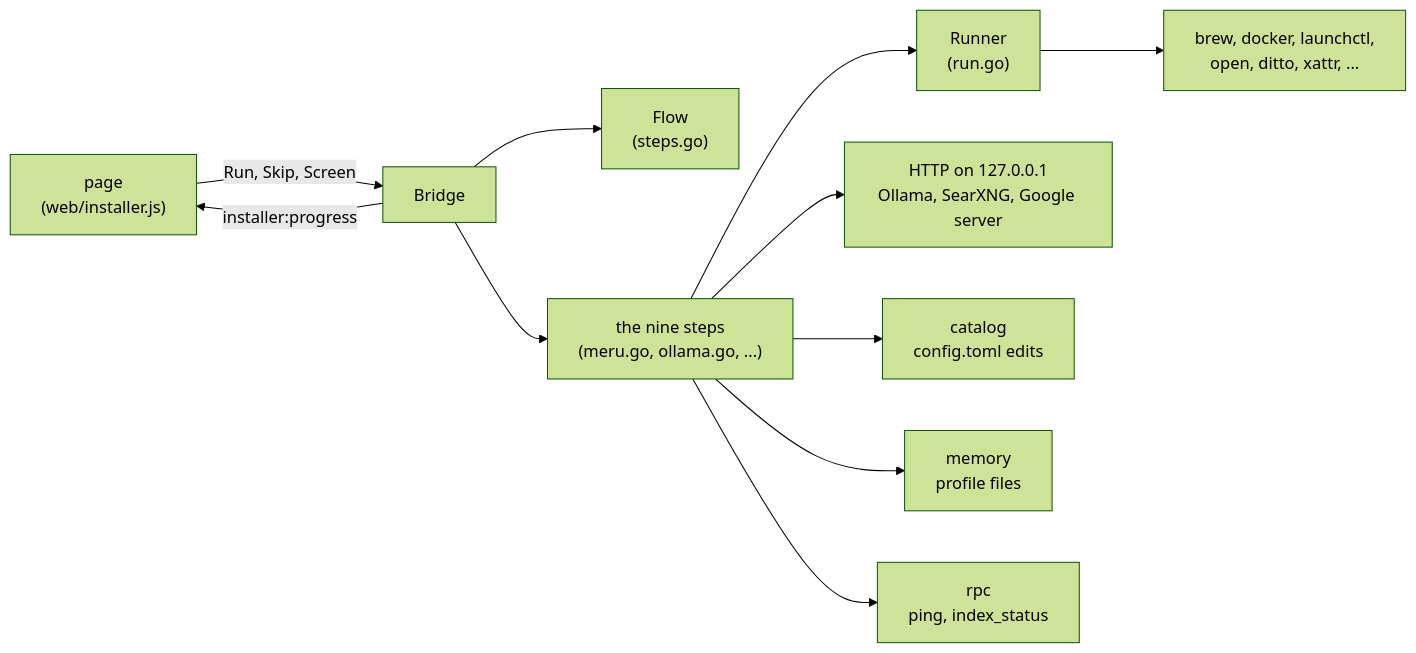
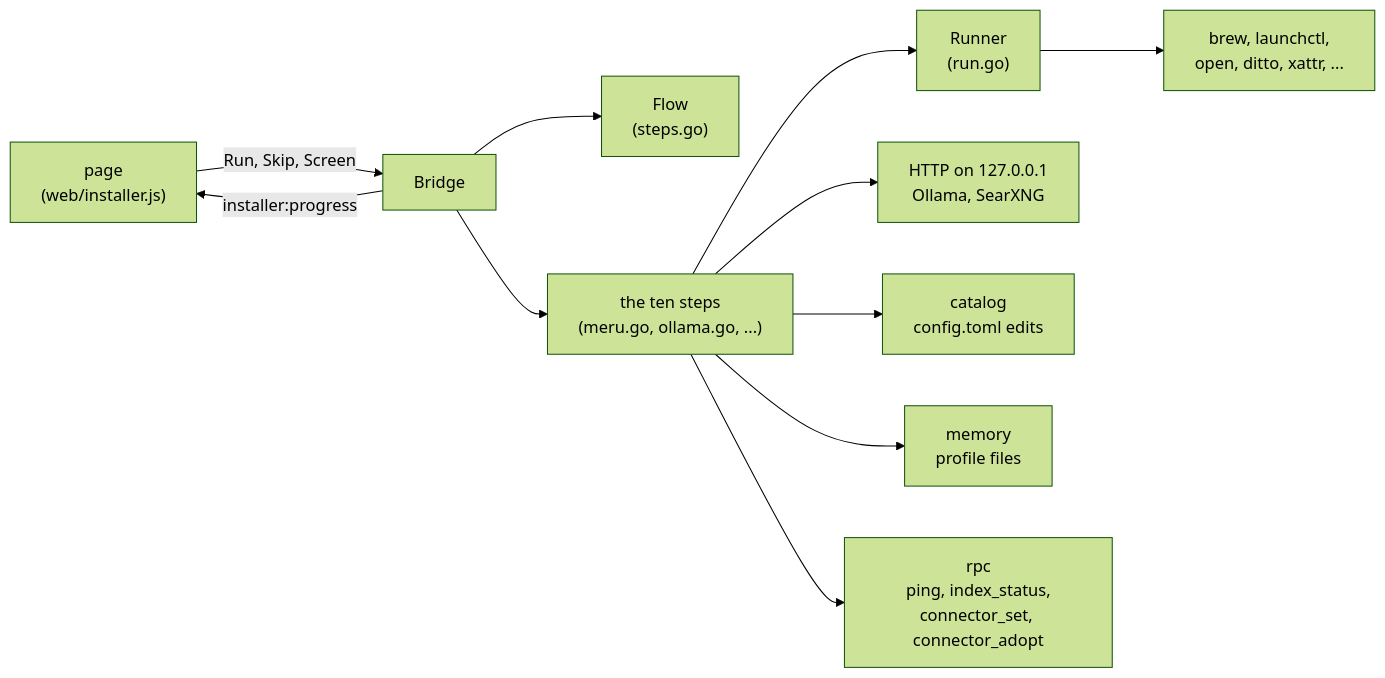
The diagram in docs/coding-notes/installer.md (aarora79/meru), drawn with Mermaid (forest theme) before and after one commit. The commit also changed other lines of this file and 42 other files, not shown here.

````diff
--- a/docs/coding-notes/installer.md
+++ b/docs/coding-notes/installer.md
@@ -27,13 +31,13 @@
 ```mermaid
 flowchart LR
     page["page<br/>(web/installer.js)"] -- "Run, Skip, Screen" --> bridge[Bridge]
     bridge --> flow["Flow<br/>(steps.go)"]
-    bridge --> steps["the nine steps<br/>(meru.go, ollama.go, ...)"]
+    bridge --> steps["the ten steps<br/>(meru.go, ollama.go, ...)"]
     steps --> run["Runner<br/>(run.go)"]
-    run --> progs["brew, docker, launchctl,<br/>open, ditto, xattr, ..."]
-    steps --> http["HTTP on 127.0.0.1<br/>Ollama, SearXNG, Google server"]
+    run --> progs["brew, launchctl,<br/>open, ditto, xattr, ..."]
+    steps --> http["HTTP on 127.0.0.1<br/>Ollama, SearXNG"]
     steps --> catalog["catalog<br/>config.toml edits"]
     steps --> memory["memory<br/>profile files"]
-    steps --> rpc["rpc<br/>ping, index_status"]
+    steps --> rpc["rpc<br/>ping, index_status,<br/>connector_set, connector_adopt"]
     bridge -- "installer:progress" --> page
 ```
````
